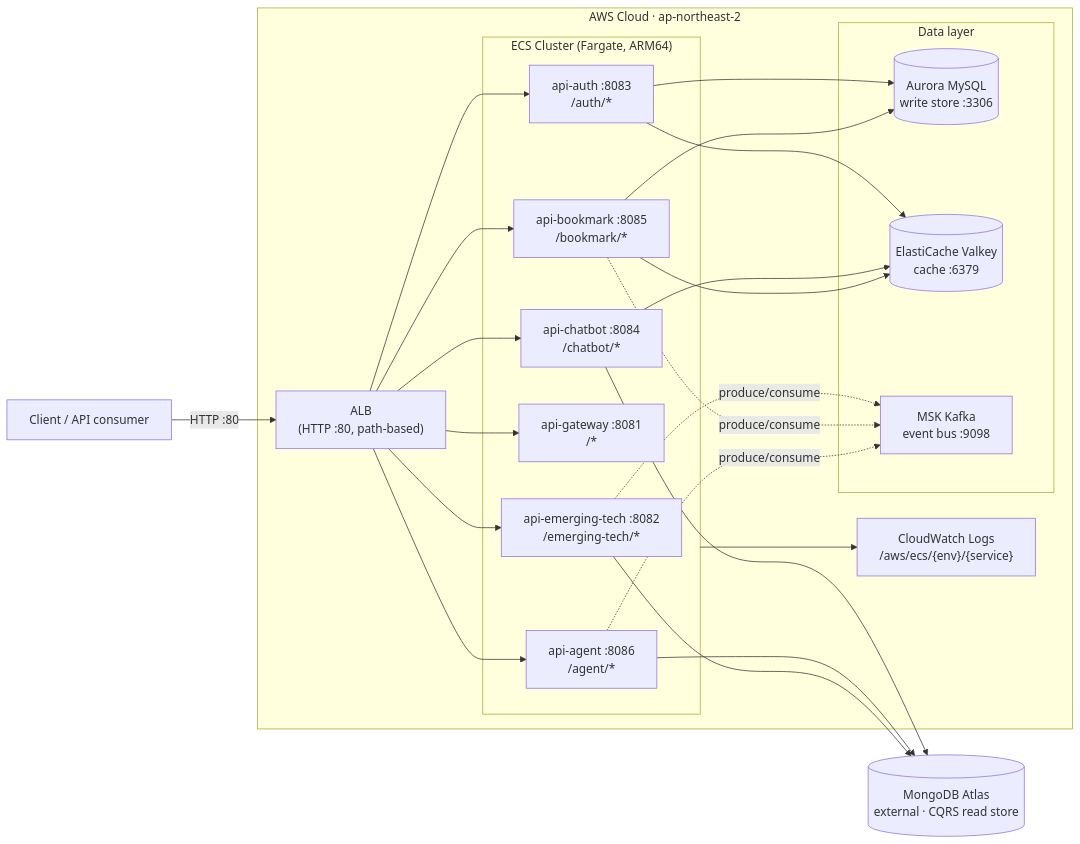
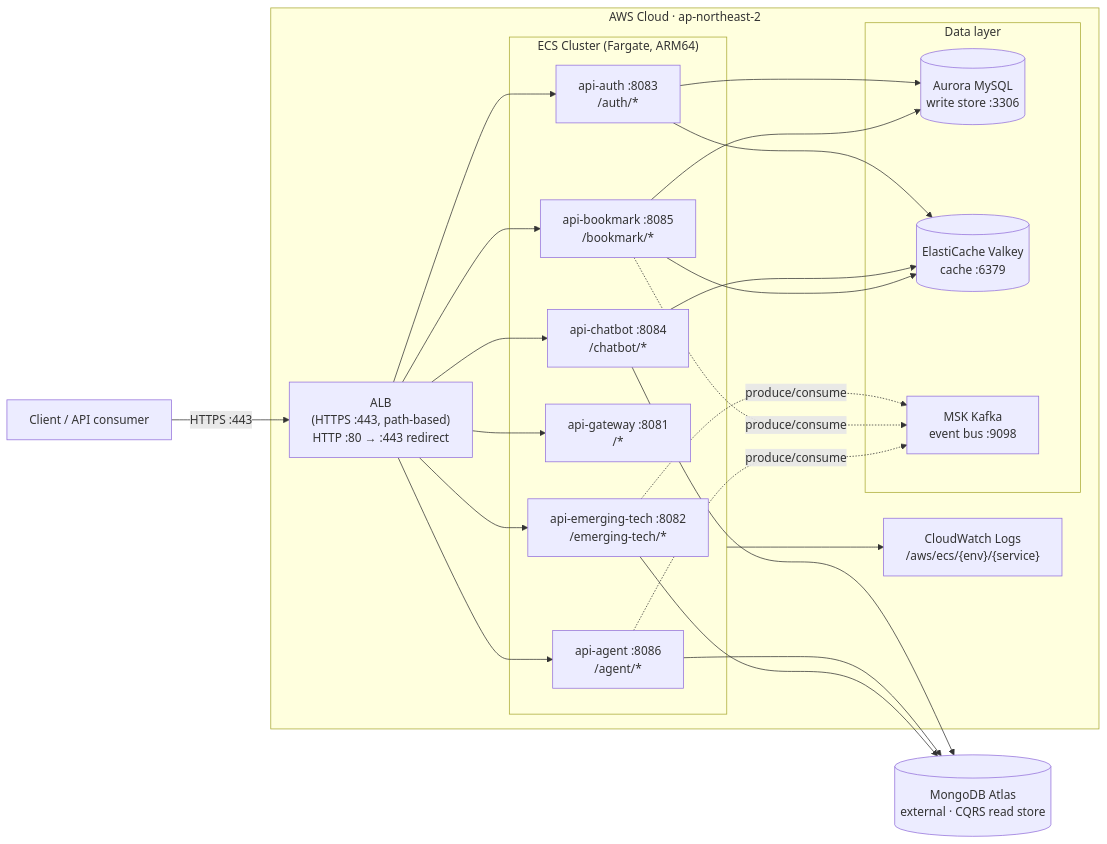
The first of 4 diagrams in devops/aws/mermaid/architecture.md (thswlsqls/tech-n-ai-backend), drawn with Mermaid before and after one commit. The commit also changed other lines of this file and 7 other files, not shown here.

First line of the commit message:
docs : [main] AWS 다이어그램·문서에 prod ALB HTTPS 전환 반영

````diff
--- a/devops/aws/mermaid/architecture.md
+++ b/devops/aws/mermaid/architecture.md
@@ -12,49 +12,50 @@
 ```mermaid
 flowchart LR
     client["Client / API consumer"]
 
     subgraph aws["AWS Cloud · ap-northeast-2"]
-        alb["ALB<br/>(HTTP :80, path-based)"]
+        alb["ALB<br/>(HTTPS :443, path-based)<br/>HTTP :80 → :443 redirect"]
 
         subgraph ecs["ECS Cluster (Fargate, ARM64)"]
             gw["api-gateway :8081<br/>/*"]
             auth["api-auth :8083<br/>/auth/*"]
             et["api-emerging-tech :8082<br/>/emerging-tech/*"]
             chat["api-chatbot :8084<br/>/chatbot/*"]
             book["api-bookmark :8085<br/>/bookmark/*"]
             agent["api-agent :8086<br/>/agent/*"]
         end
 
         subgraph data["Data layer"]
             aurora[("Aurora MySQL<br/>write store :3306")]
             valkey[("ElastiCache Valkey<br/>cache :6379")]
             msk["MSK Kafka<br/>event bus :9098"]
         end
 
         logs["CloudWatch Logs<br/>/aws/ecs/{env}/{service}"]
     end
 
     mongo[("MongoDB Atlas<br/>external · CQRS read store")]
 
-    client -->|HTTP :80| alb
+    client -->|HTTPS :443| alb
     alb --> gw & auth & et & chat & book & agent
 
     auth --> aurora
     book --> aurora
     auth --> valkey
     chat --> valkey
     book --> valkey
 
     et -.->|produce/consume| msk
     book -.->|produce/consume| msk
     agent -.->|produce/consume| msk
 
     chat --> mongo
     agent --> mongo
     et --> mongo
 
     ecs --> logs
 
     %% 환경 차이: dev 에는 MSK 노드와 점선 연결이 없음. beta=MSK Serverless, prod=MSK Provisioned(3 broker).
+    %% ALB 프로토콜: prod=HTTPS 443(+80 리다이렉트), dev/beta=HTTP 80. 위 그림은 prod 기준.
     %% 프런트(Amplify/CloudFront)는 모듈만 있고 미배포 → 진입점은 ALB 뿐.
 ```
````
